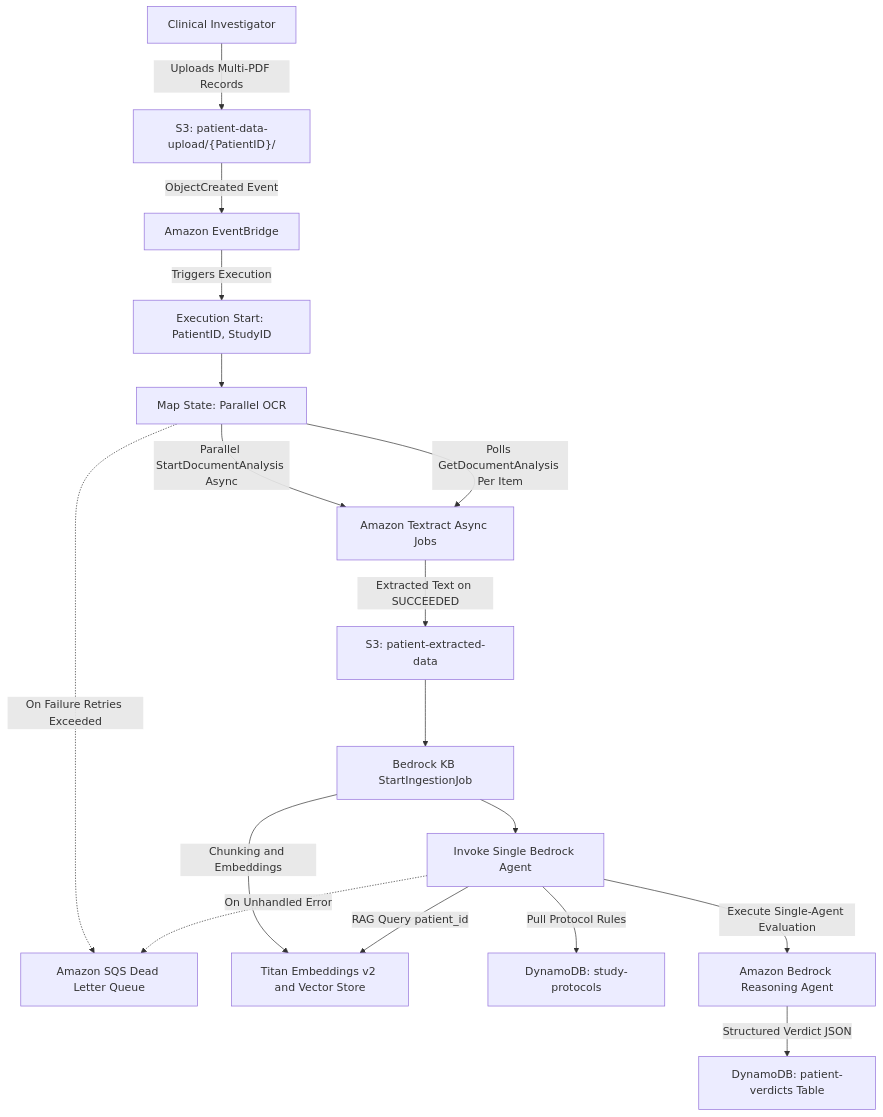
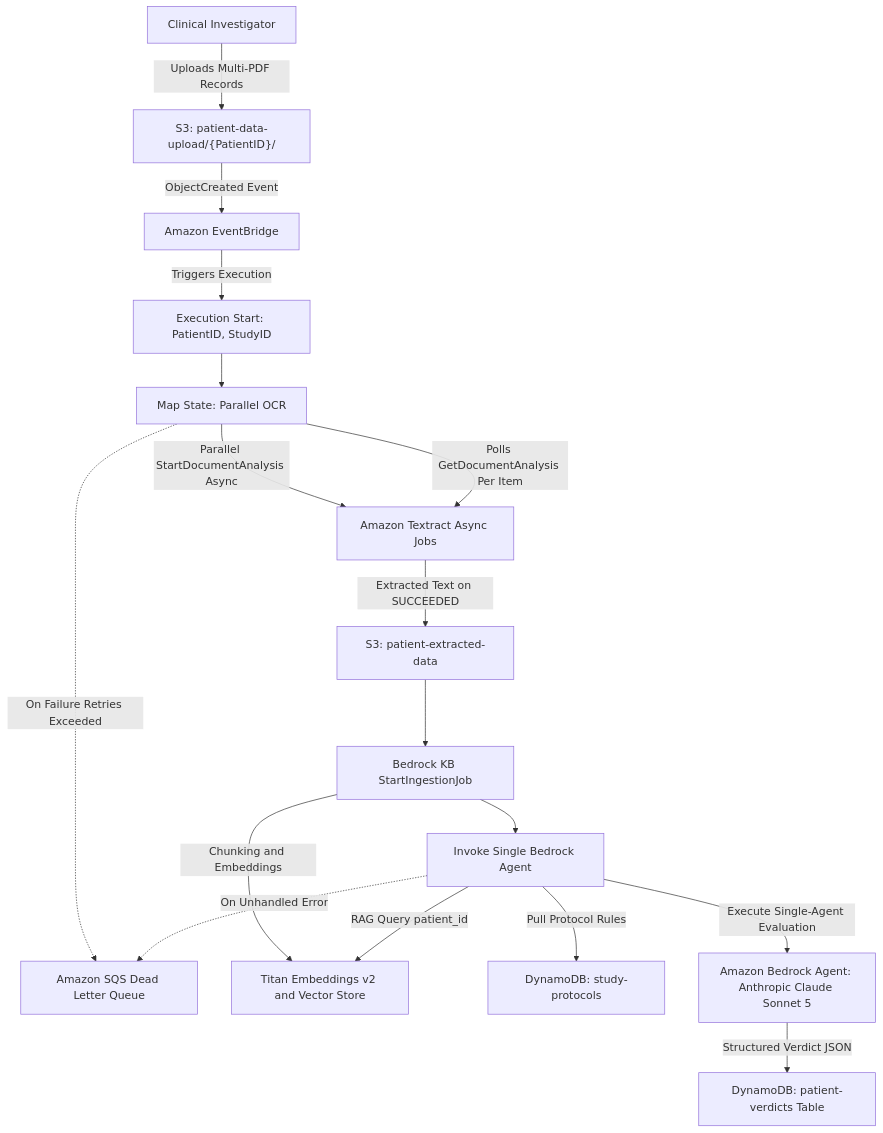
The fourth of 6 diagrams in Architecture.md (skarj/aws-solution-medical-agent), drawn with Mermaid before and after one commit. The commit also changed other lines of this file and 6 other files, not shown here.

````diff
--- a/Architecture.md
+++ b/Architecture.md
@@ -110,34 +110,34 @@
 ```mermaid
 graph TD
     CLINICIAN["Clinical Investigator"]
     S3_PATIENT["S3: patient-data-upload/{PatientID}/"]
     EV_BRIDGE["Amazon EventBridge"]
     SFN_START["Execution Start: PatientID, StudyID"]
     MAP_OCR["Map State: Parallel OCR"]
     S3_EXTRACT["S3: patient-extracted-data"]
     KB_INGEST["Bedrock KB StartIngestionJob"]
     INVOKE_AGENT["Invoke Single Bedrock Agent"]
     SQS_DLQ["Amazon SQS Dead Letter Queue"]
     TEXTRACT_ASYNC["Amazon Textract Async Jobs"]
     TITAN_EMB["Titan Embeddings v2 and Vector Store"]
     DDB_PROTO["DynamoDB: study-protocols"]
-    BEDROCK_AGENT["Amazon Bedrock Reasoning Agent"]
+    BEDROCK_AGENT["Amazon Bedrock Agent: Anthropic Claude Sonnet 5"]
     DDB_VERDICT["DynamoDB: patient-verdicts Table"]
 
     CLINICIAN -->|"Uploads Multi-PDF Records"| S3_PATIENT
     S3_PATIENT -->|"ObjectCreated Event"| EV_BRIDGE
     EV_BRIDGE -->|"Triggers Execution"| SFN_START
     SFN_START --> MAP_OCR
     MAP_OCR -->|"Parallel StartDocumentAnalysis Async"| TEXTRACT_ASYNC
     MAP_OCR -->|"Polls GetDocumentAnalysis Per Item"| TEXTRACT_ASYNC
     TEXTRACT_ASYNC -->|"Extracted Text on SUCCEEDED"| S3_EXTRACT
     S3_EXTRACT --> KB_INGEST
     KB_INGEST -->|"Chunking and Embeddings"| TITAN_EMB
     KB_INGEST --> INVOKE_AGENT
     INVOKE_AGENT -->|"Pull Protocol Rules"| DDB_PROTO
     INVOKE_AGENT -->|"RAG Query patient_id"| TITAN_EMB
     INVOKE_AGENT -->|"Execute Single-Agent Evaluation"| BEDROCK_AGENT
     BEDROCK_AGENT -->|"Structured Verdict JSON"| DDB_VERDICT
     MAP_OCR -.->|"On Failure Retries Exceeded"| SQS_DLQ
     INVOKE_AGENT -.->|"On Unhandled Error"| SQS_DLQ
 ```
````
